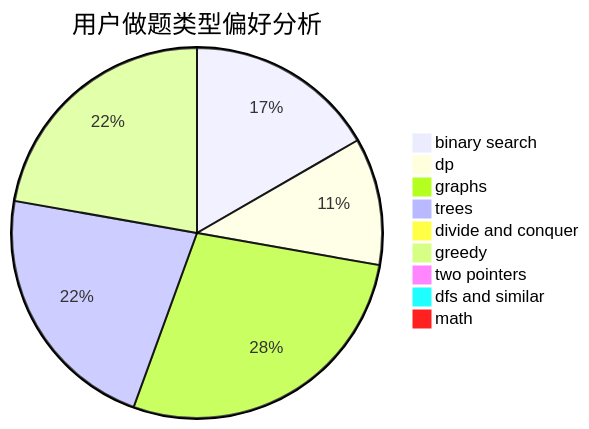
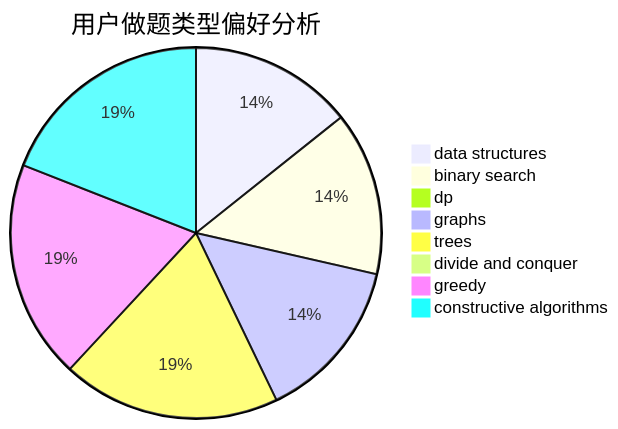
Before and after one commit to sherpahu/cfrs.github.io: the second of 3 diagrams in docs/user/u1377.md, drawn with Mermaid. The commit also changed other lines of this file and 2775 other files, not shown here.

````diff
--- a/docs/user/u1377.md
+++ b/docs/user/u1377.md
@@ -23,12 +23,11 @@
 ```mermaid
 pie title 用户做题类型偏好分析
+    "data structures" :  3
     "binary search" :  3
-    "dp" :  2
-    "graphs" :  5
+    "dp" :  0
+    "graphs" :  3
     "trees" :  4
     "divide and conquer" :  0
     "greedy" :  4
-    "two pointers" :  0
-    "dfs and similar" :  0
-    "math" :  0
+    "constructive algorithms" :  4
 ```
````
